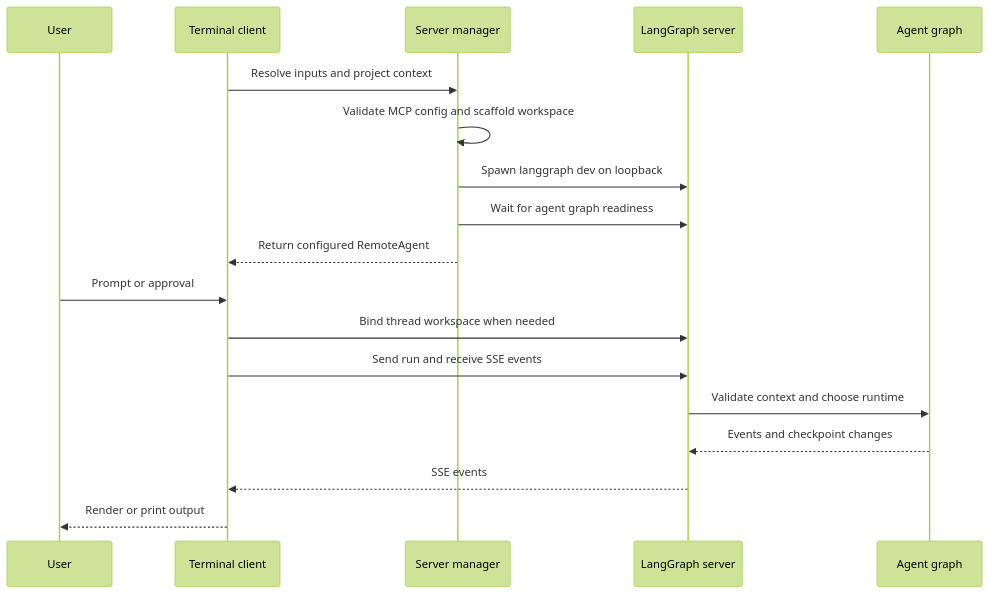
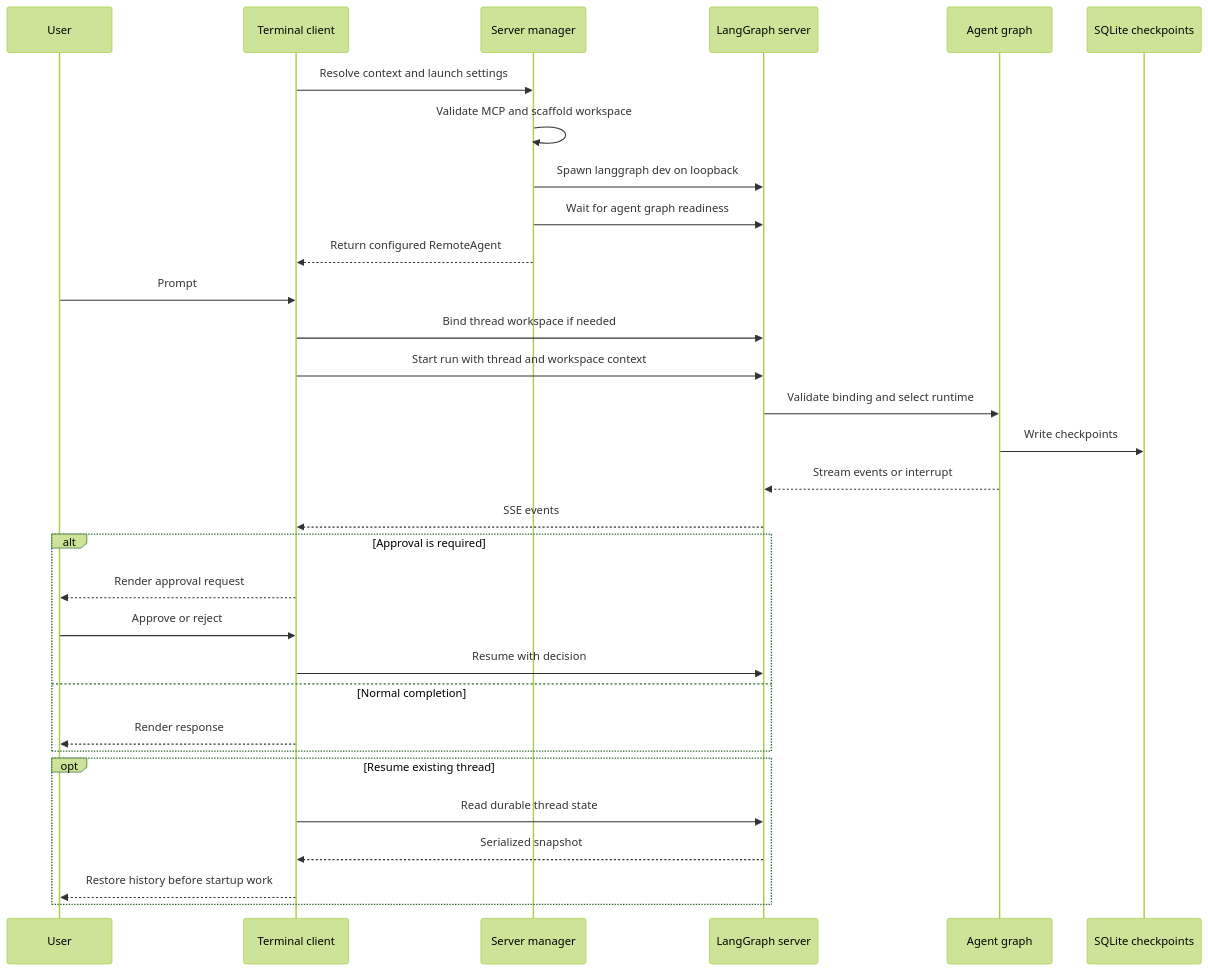
One commit to langchain-ai/deepagents changed the diagram in openwiki/architecture/code-agent.md. Above: the diagram before and after it, drawn with Mermaid (forest theme). The commit also changed other lines of this file and 63 other files, not shown here.

````diff
--- a/openwiki/architecture/code-agent.md
+++ b/openwiki/architecture/code-agent.md
@@ -60,21 +66,34 @@
 ```mermaid
 sequenceDiagram
     participant User
     participant Client as Terminal client
     participant Manager as Server manager
     participant Server as LangGraph server
     participant Graph as Agent graph
+    participant Store as SQLite checkpoints
 
-    Client->>Manager: Resolve inputs and project context
-    Manager->>Manager: Validate MCP config and scaffold workspace
+    Client->>Manager: Resolve context and launch settings
+    Manager->>Manager: Validate MCP and scaffold workspace
     Manager->>Server: Spawn langgraph dev on loopback
     Manager->>Server: Wait for agent graph readiness
     Manager-->>Client: Return configured RemoteAgent
-    User->>Client: Prompt or approval
-    Client->>Server: Bind thread workspace when needed
-    Client->>Server: Send run and receive SSE events
-    Server->>Graph: Validate context and choose runtime
-    Graph-->>Server: Events and checkpoint changes
+    User->>Client: Prompt
+    Client->>Server: Bind thread workspace if needed
+    Client->>Server: Start run with thread and workspace context
+    Server->>Graph: Validate binding and select runtime
+    Graph->>Store: Write checkpoints
+    Graph-->>Server: Stream events or interrupt
     Server-->>Client: SSE events
-    Client-->>User: Render or print output
+    alt Approval is required
+        Client-->>User: Render approval request
+        User->>Client: Approve or reject
+        Client->>Server: Resume with decision
+    else Normal completion
+        Client-->>User: Render response
+    end
+    opt Resume existing thread
+        Client->>Server: Read durable thread state
+        Server-->>Client: Serialized snapshot
+        Client-->>User: Restore history before startup work
+    end
 ```
````
